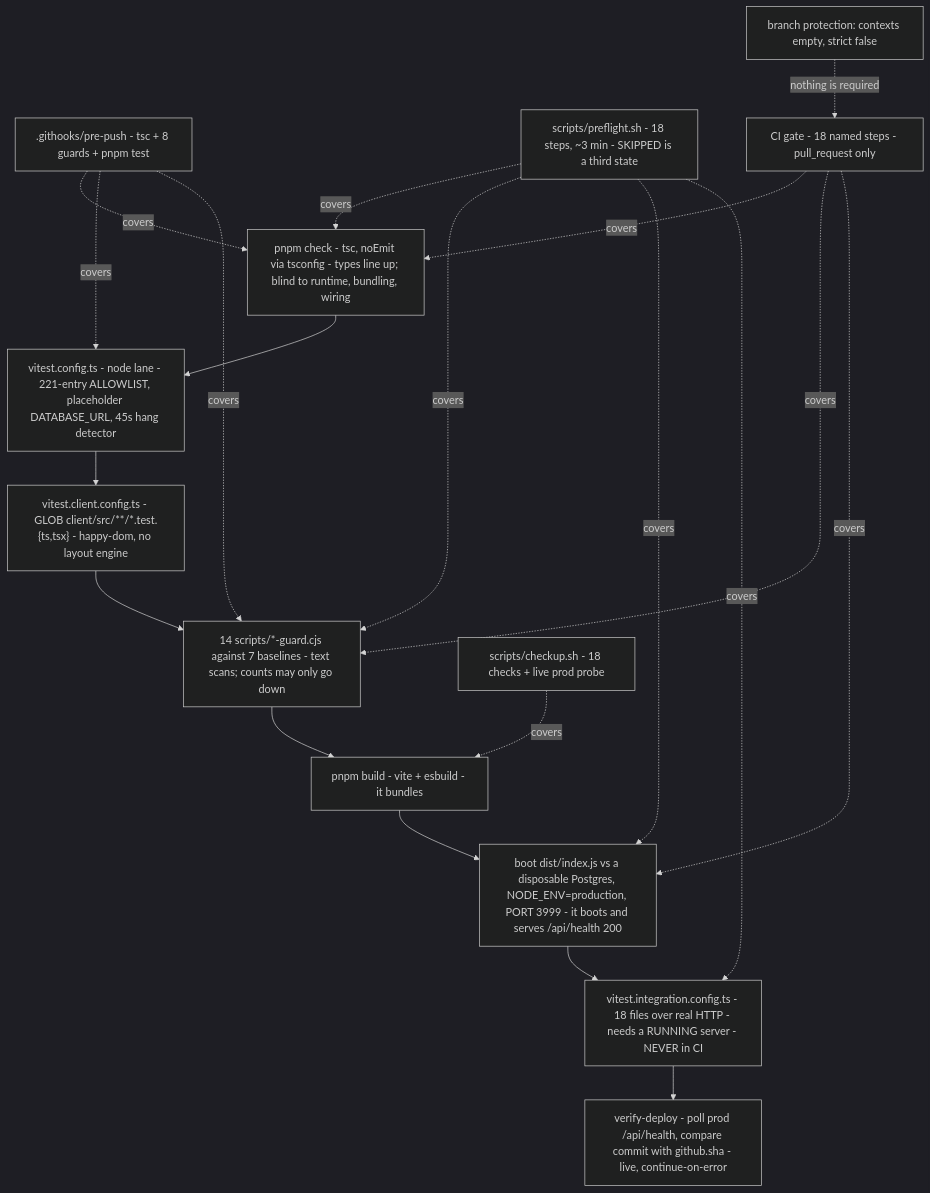
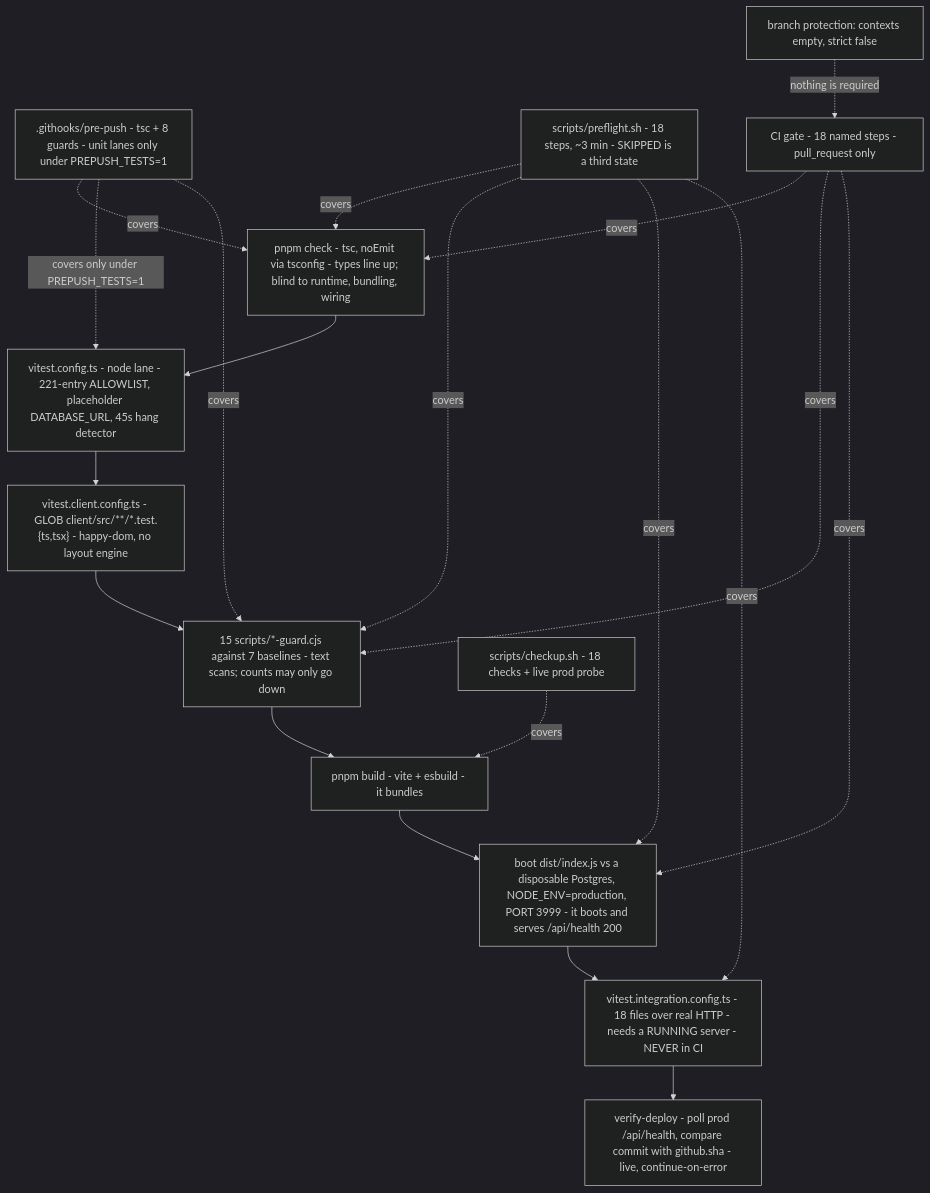
One commit to barakatammre84/Homiquity changed the diagram in knowledge-base/handoff/07-test-harness-and-ci-proof.md. Above: the diagram before and after it, drawn with Mermaid (dark theme). The commit also changed other lines of this file and 14 other files, not shown here.

````diff
--- a/knowledge-base/handoff/07-test-harness-and-ci-proof.md
+++ b/knowledge-base/handoff/07-test-harness-and-ci-proof.md
@@ -53,23 +55,23 @@
 ```mermaid
 flowchart TD
   A["pnpm check - tsc, noEmit via tsconfig - types line up; blind to runtime, bundling, wiring"]
   A --> B["vitest.config.ts - node lane - 221-entry ALLOWLIST, placeholder DATABASE_URL, 45s hang detector"]
   B --> C["vitest.client.config.ts - GLOB client/src/**/*.test.{ts,tsx} - happy-dom, no layout engine"]
-  C --> D["14 scripts/*-guard.cjs against 7 baselines - text scans; counts may only go down"]
+  C --> D["15 scripts/*-guard.cjs against 7 baselines - text scans; counts may only go down"]
   D --> E["pnpm build - vite + esbuild - it bundles"]
   E --> F["boot dist/index.js vs a disposable Postgres, NODE_ENV=production, PORT 3999 - it boots and serves /api/health 200"]
   F --> G["vitest.integration.config.ts - 18 files over real HTTP - needs a RUNNING server - NEVER in CI"]
   G --> H["verify-deploy - poll prod /api/health, compare commit with github.sha - live, continue-on-error"]
-  P[".githooks/pre-push - tsc + 8 guards + pnpm test"] -. covers .-> A
-  P -. covers .-> B
+  P[".githooks/pre-push - tsc + 8 guards - unit lanes only under PREPUSH_TESTS=1"] -. covers .-> A
+  P -. "covers only under PREPUSH_TESTS=1" .-> B
   P -. covers .-> D
   Q["scripts/preflight.sh - 18 steps, ~3 min - SKIPPED is a third state"] -. covers .-> A
   Q -. covers .-> D
   Q -. covers .-> F
   Q -. covers .-> G
   R["CI gate - 18 named steps - pull_request only"] -. covers .-> A
   R -. covers .-> D
   R -. covers .-> F
   S["scripts/checkup.sh - 18 checks + live prod probe"] -. covers .-> E
   T["branch protection: contexts empty, strict false"] -. "nothing is required" .-> R
 ```
````
